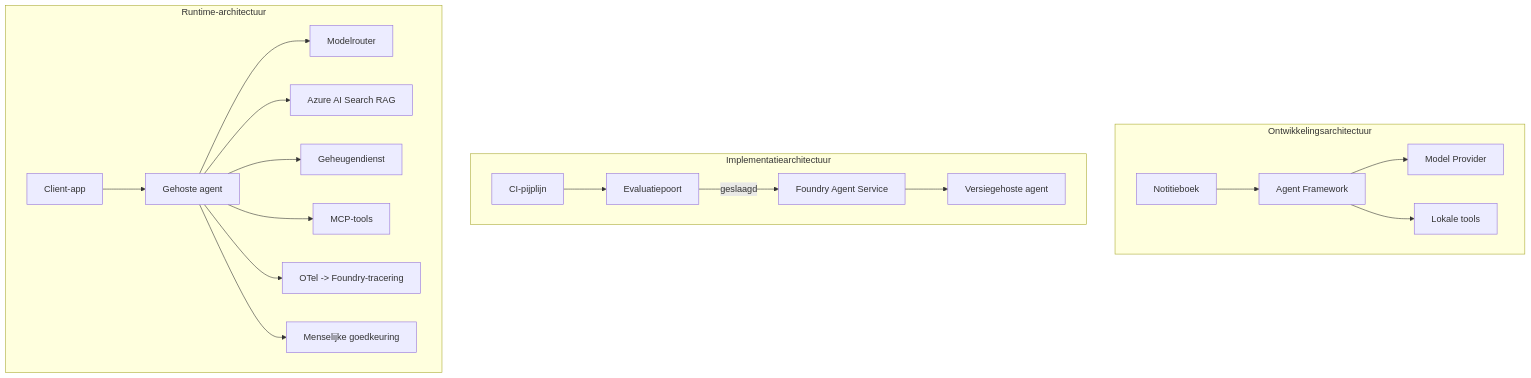
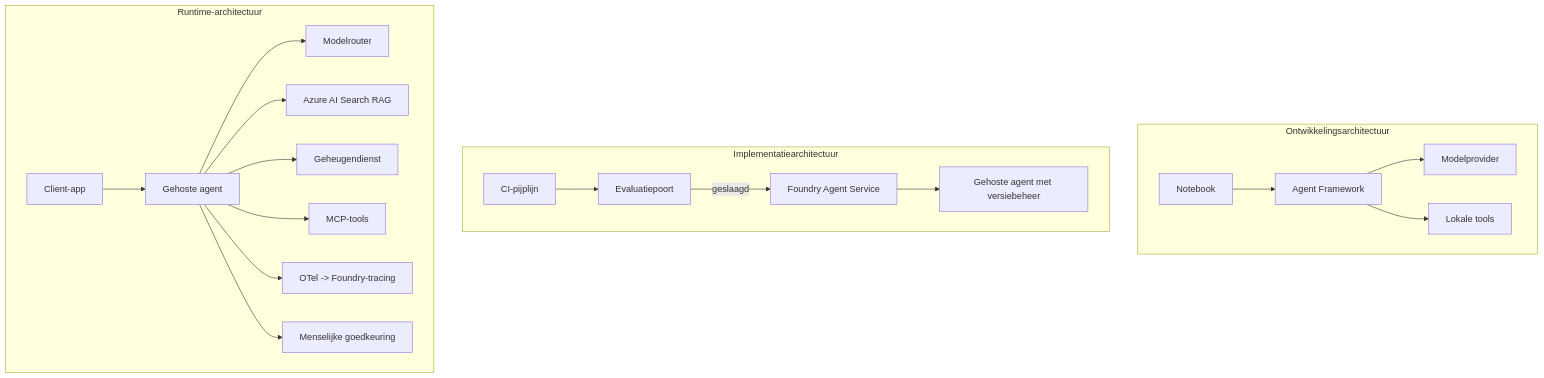
Before and after one commit to gabrielmoreira/agent-skills-mirror: the fourth of 4 diagrams in mirrors/repos/microsoft@ai-agents-for-beginners/translations/nl/16-deploying-scalable-agents/README.md, drawn with Mermaid. The commit also changed other lines of this file and 3581 other files, not shown here.

````diff
--- a/mirrors/repos/microsoft@ai-agents-for-beginners/translations/nl/16-deploying-scalable-agents/README.md
+++ b/mirrors/repos/microsoft@ai-agents-for-beginners/translations/nl/16-deploying-scalable-agents/README.md
@@ -185,22 +185,22 @@
 ```mermaid
 flowchart TB
     subgraph Dev[Ontwikkelingsarchitectuur]
-        D1[Notitieboek] --> D2[Agent Framework]
-        D2 --> D3[Model Provider]
+        D1[Notebook] --> D2[Agent Framework]
+        D2 --> D3[Modelprovider]
         D2 --> D4[Lokale tools]
     end
     subgraph Deploy[Implementatiearchitectuur]
         E1[CI-pijplijn] --> E2[Evaluatiepoort]
         E2 -->|geslaagd| E3[Foundry Agent Service]
-        E3 --> E4[Versiegehoste agent]
+        E3 --> E4[Gehoste agent met versiebeheer]
     end
     subgraph Run[Runtime-architectuur]
         F1[Client-app] --> F2[Gehoste agent]
         F2 --> F3[Modelrouter]
         F2 --> F4[Azure AI Search RAG]
         F2 --> F5[Geheugendienst]
         F2 --> F6[MCP-tools]
-        F2 --> F7[OTel -> Foundry-tracering]
+        F2 --> F7[OTel -> Foundry-tracing]
         F2 --> F8[Menselijke goedkeuring]
     end
 ```
````
